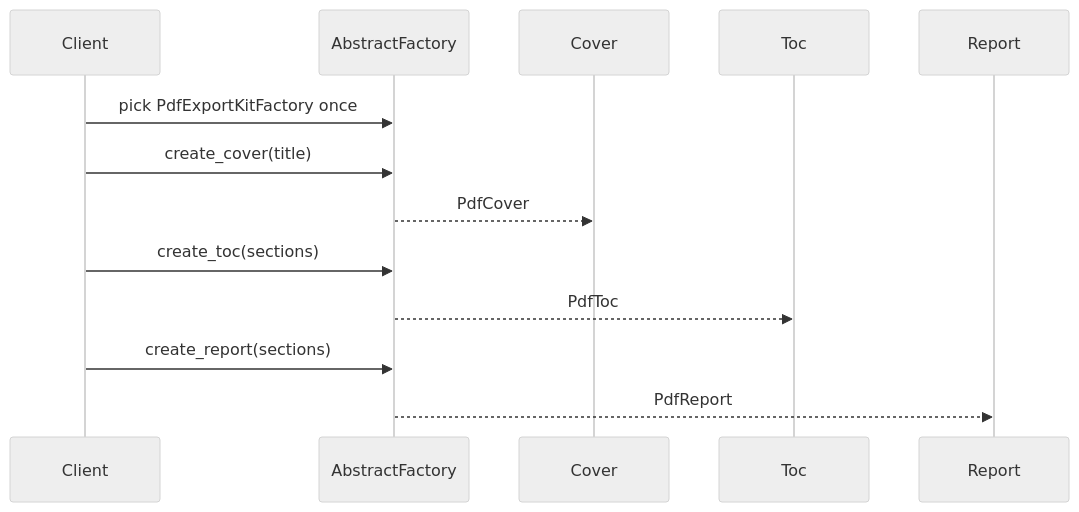
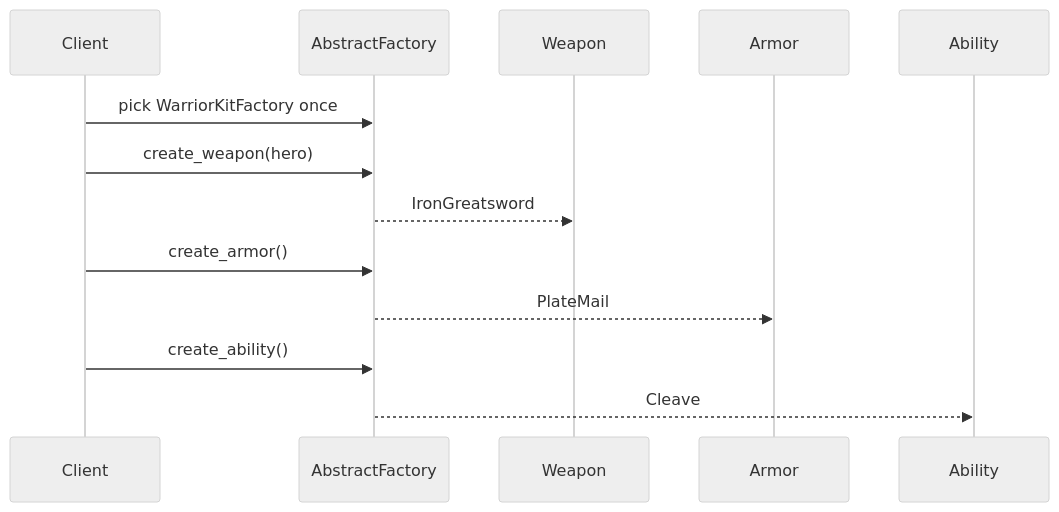
One commit to dhrumil0402/DesignPatternsMats-2026 changed the diagram in materials/guides/03-abstract-factory.md. Above: the diagram before and after it, drawn with Mermaid (neutral theme). The commit also changed other lines of this file and 5 other files, not shown here.

````diff
--- a/materials/guides/03-abstract-factory.md
+++ b/materials/guides/03-abstract-factory.md
@@ -61,15 +61,15 @@
 ```mermaid
 sequenceDiagram
   participant Client
   participant Factory as AbstractFactory
-  participant Cover
-  participant Toc
-  participant Report
-  Client->>Factory: pick PdfExportKitFactory once
-  Client->>Factory: create_cover(title)
-  Factory-->>Cover: PdfCover
-  Client->>Factory: create_toc(sections)
-  Factory-->>Toc: PdfToc
-  Client->>Factory: create_report(sections)
-  Factory-->>Report: PdfReport
+  participant Weapon
+  participant Armor
+  participant Ability
+  Client->>Factory: pick WarriorKitFactory once
+  Client->>Factory: create_weapon(hero)
+  Factory-->>Weapon: IronGreatsword
+  Client->>Factory: create_armor()
+  Factory-->>Armor: PlateMail
+  Client->>Factory: create_ability()
+  Factory-->>Ability: Cleave
 ```
````
